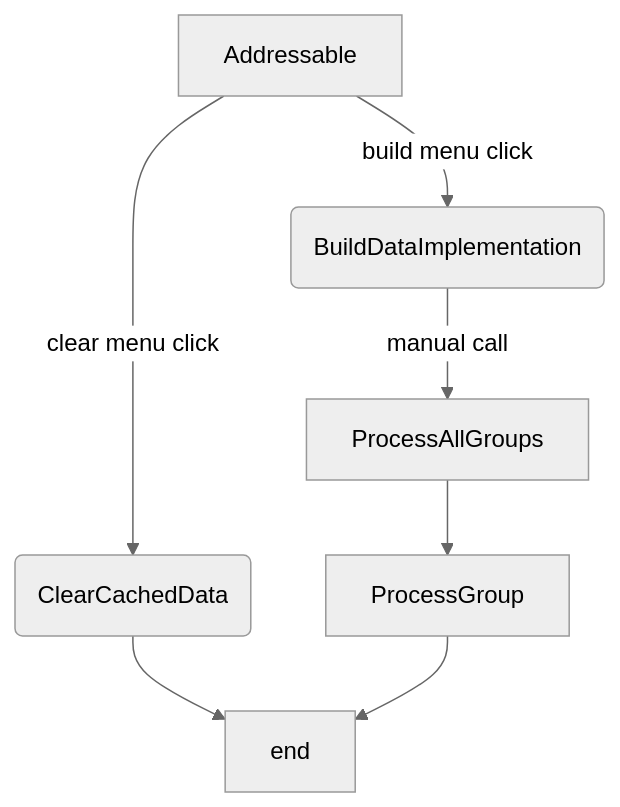
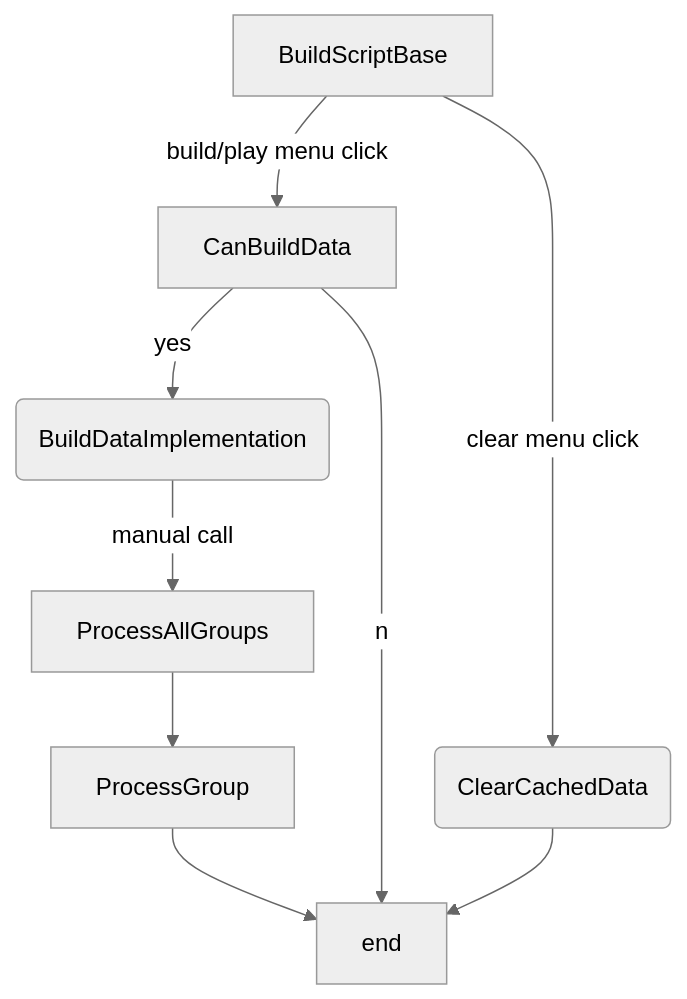
The diagram in _posts/Unity/Addressable/2020-05-29-addressable扩展play和build mode.md (Conerlius/conerlius.github.io), drawn with Mermaid (neutral theme) before and after one commit. The commit also changed other lines of this file and 9 other files, not shown here.

````diff
--- a/_posts/Unity/Addressable/2020-05-29-addressable扩展play和build mode.md
+++ b/_posts/Unity/Addressable/2020-05-29-addressable扩展play和build mode.md
@@ -24,15 +24,18 @@
 ```mermaid
 graph TB;
-	A[Addressable]
+	A[BuildScriptBase]
 	B(BuildDataImplementation)
 	C(ClearCachedData)
 	D[end]
 	E[ProcessAllGroups]
 	F[ProcessGroup]
-	A--build menu click-->B;
+	G[CanBuildData]
+	A--build/play menu click-->G;
+	G--yes-->B;
+	G--no-->D;
     A--clear menu click-->C;
     C-->D;
 	B--manual call-->E;
 	E-->F;
 	F-->D;
 ```
````
